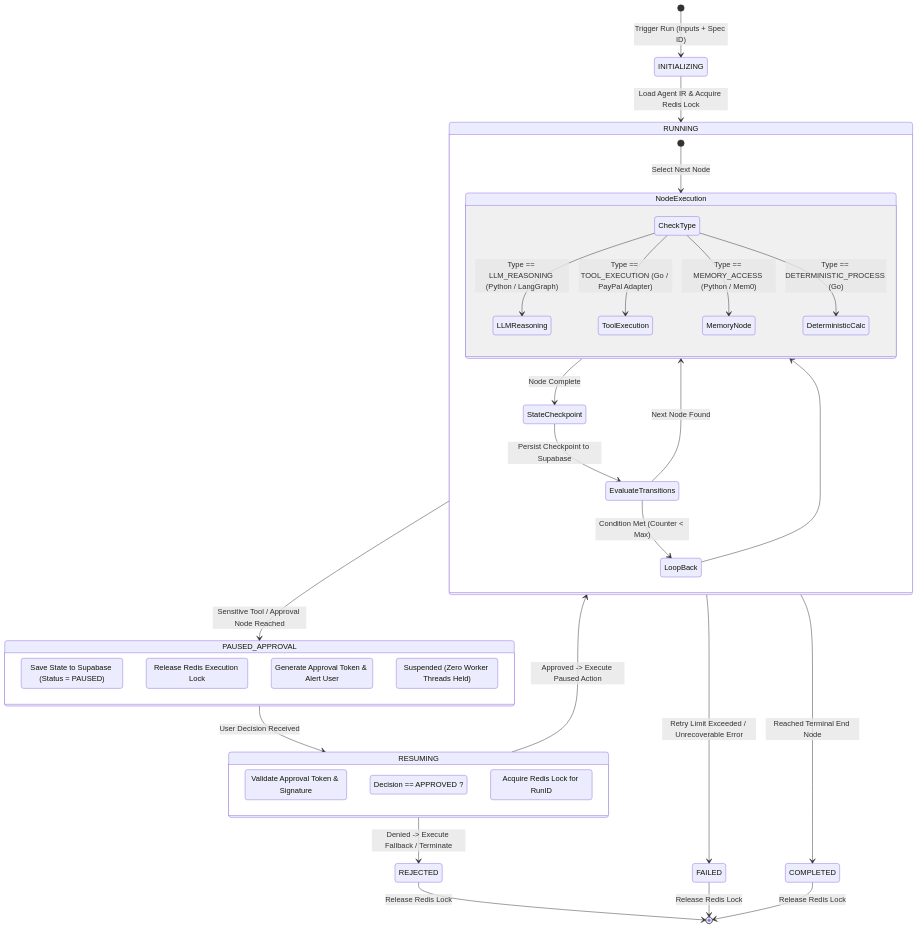
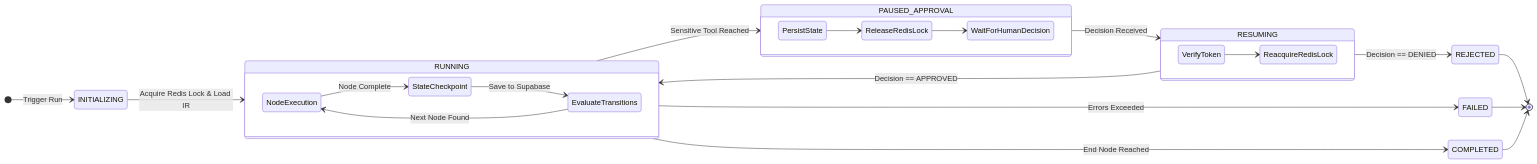
Before and after one commit to Kavisharora12/DelTix: the diagram in docs/system-architecture/diagrams/04-agent-execution-lifecycle.md, drawn with Mermaid. The commit also changed other lines of this file and 7 other files, not shown here.

````diff
--- a/docs/system-architecture/diagrams/04-agent-execution-lifecycle.md
+++ b/docs/system-architecture/diagrams/04-agent-execution-lifecycle.md
@@ -5,52 +5,38 @@
 ```mermaid
 stateDiagram-v2
-    [*] --> INITIALIZING: Trigger Run (Inputs + Spec ID)
-    
-    INITIALIZING --> RUNNING: Load Agent IR & Acquire Redis Lock
+    direction LR
+    [*] --> INITIALIZING: Trigger Run
+    INITIALIZING --> RUNNING: Acquire Redis Lock & Load IR
     
     state RUNNING {
-        [*] --> NodeExecution: Select Next Node
-        
-        state NodeExecution {
-            direction TB
-            CheckType --> LLMReasoning: Type == LLM_REASONING (Python / LangGraph)
-            CheckType --> ToolExecution: Type == TOOL_EXECUTION (Go / PayPal Adapter)
-            CheckType --> MemoryNode: Type == MEMORY_ACCESS (Python / Mem0)
-            CheckType --> DeterministicCalc: Type == DETERMINISTIC_PROCESS (Go)
-        }
-        
+        direction LR
         NodeExecution --> StateCheckpoint: Node Complete
-        StateCheckpoint --> EvaluateTransitions: Persist Checkpoint to Supabase
-        
+        StateCheckpoint --> EvaluateTransitions: Save to Supabase
         EvaluateTransitions --> NodeExecution: Next Node Found
-        EvaluateTransitions --> LoopBack: Condition Met (Counter < Max)
-        LoopBack --> NodeExecution
     }
     
-    RUNNING --> PAUSED_APPROVAL: Sensitive Tool / Approval Node Reached
+    RUNNING --> PAUSED_APPROVAL: Sensitive Tool Reached
     
     state PAUSED_APPROVAL {
-        PersistCheckpoint: Save State to Supabase (Status = PAUSED)
-        ReleaseLock: Release Redis Execution Lock
-        EmitNotification: Generate Approval Token & Alert User
-        WaitForInput: Suspended (Zero Worker Threads Held)
+        direction LR
+        PersistState --> ReleaseRedisLock
+        ReleaseRedisLock --> WaitForHumanDecision
     }
     
-    PAUSED_APPROVAL --> RESUMING: User Decision Received
+    PAUSED_APPROVAL --> RESUMING: Decision Received
     
     state RESUMING {
-        VerifyToken: Validate Approval Token & Signature
-        CheckDecision: Decision == APPROVED ?
-        ReacquireLock: Acquire Redis Lock for RunID
+        direction LR
+        VerifyToken --> ReacquireRedisLock
     }
     
-    RESUMING --> RUNNING: Approved -> Execute Paused Action
-    RESUMING --> REJECTED: Denied -> Execute Fallback / Terminate
+    RESUMING --> RUNNING: Decision == APPROVED
+    RESUMING --> REJECTED: Decision == DENIED
     
-    RUNNING --> FAILED: Retry Limit Exceeded / Unrecoverable Error
-    RUNNING --> COMPLETED: Reached Terminal End Node
+    RUNNING --> FAILED: Errors Exceeded
+    RUNNING --> COMPLETED: End Node Reached
     
-    REJECTED --> [*]: Release Redis Lock
-    FAILED --> [*]: Release Redis Lock
-    COMPLETED --> [*]: Release Redis Lock
+    REJECTED --> [*]
+    FAILED --> [*]
+    COMPLETED --> [*]
 ```
````
